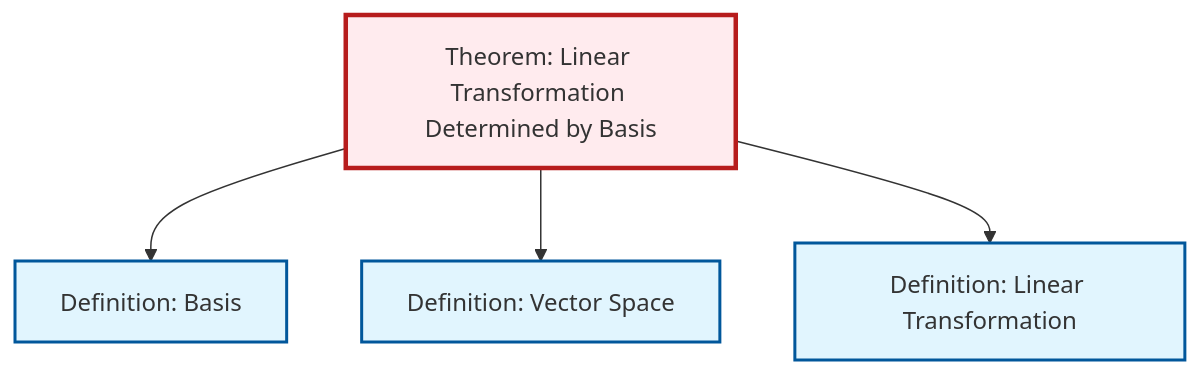
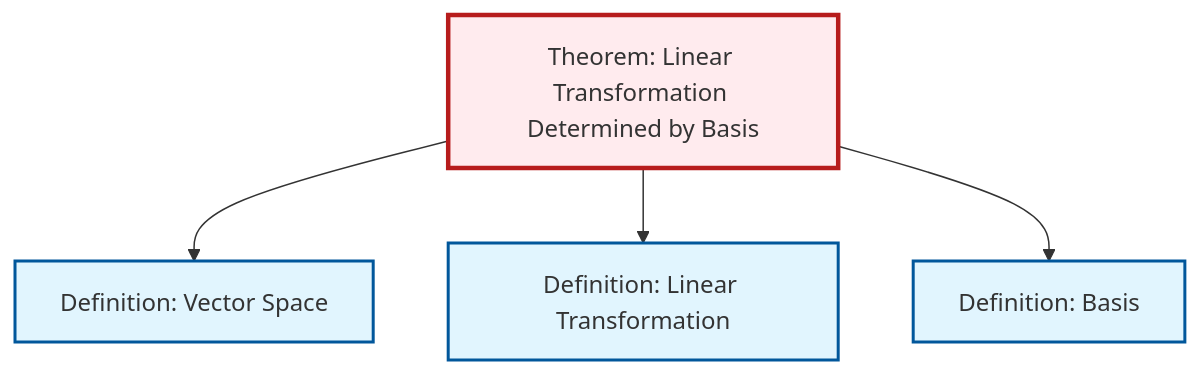
Before and after one commit to RK0429/ModernMath: the diagram in content/en/algebra/thm-linear-transformation-basis.qmd, drawn with Mermaid. The commit also changed other lines of this file and 672 other files, not shown here.

````diff
--- a/content/en/algebra/thm-linear-transformation-basis.qmd
+++ b/content/en/algebra/thm-linear-transformation-basis.qmd
@@ -47,20 +47,20 @@
 ```{mermaid}
 %%| fig-cap: "Local dependency graph"
 graph TD
     classDef definition fill:#e1f5fe,stroke:#01579b,stroke-width:2px
     classDef theorem fill:#f3e5f5,stroke:#4a148c,stroke-width:2px
     classDef axiom fill:#fff3e0,stroke:#e65100,stroke-width:2px
     classDef example fill:#e8f5e9,stroke:#1b5e20,stroke-width:2px
     classDef current fill:#ffebee,stroke:#b71c1c,stroke-width:3px
     def-linear-transformation["Definition: Linear Transformation"]:::definition
+    def-vector-space["Definition: Vector Space"]:::definition
+    def-basis["Definition: Basis"]:::definition
     thm-linear-transformation-basis["Theorem: Linear Transformation Determined by Basis"]:::theorem
-    def-basis["Definition: Basis"]:::definition
-    def-vector-space["Definition: Vector Space"]:::definition
-    thm-linear-transformation-basis --> def-basis
     thm-linear-transformation-basis --> def-vector-space
     thm-linear-transformation-basis --> def-linear-transformation
+    thm-linear-transformation-basis --> def-basis
     class thm-linear-transformation-basis current
     click def-linear-transformation "def-linear-transformation.html" "Go to Linear Transformation definition"
+    click def-vector-space "def-vector-space.html" "Go to Vector Space definition"
     click def-basis "def-basis.html" "Go to Basis definition"
-    click def-vector-space "def-vector-space.html" "Go to Vector Space definition"
 ```
````
